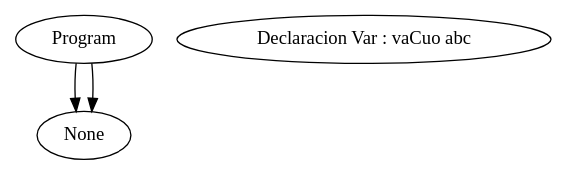
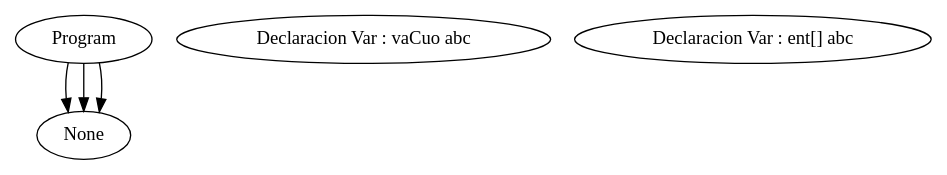
The diagram in tree2.dot (lancal/TallerCompiladores2018), drawn with Graphviz before and after one commit. The commit also changed 8 other files, not shown here.

```diff
--- a/tree2.dot
+++ b/tree2.dot
@@ -1,7 +1,9 @@
 digraph G {
 1[label= "Declaracion Var : VACUO abc" ];
 	1->None
 	2[label= "Declaracion Var : vaCuo abc" ];
 	1->None
+	3[label= "Declaracion Var : ent[] abc" ];
+	1->None
 	1[label= Program ];
 	}
```
